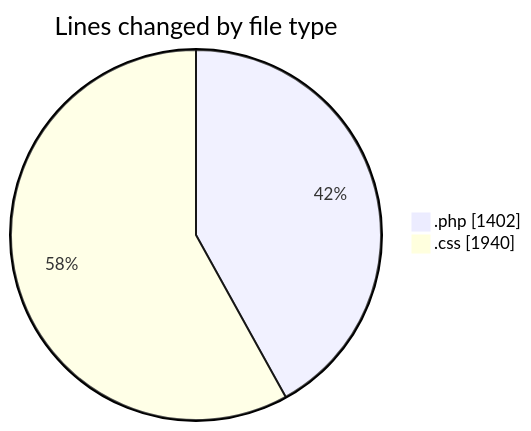
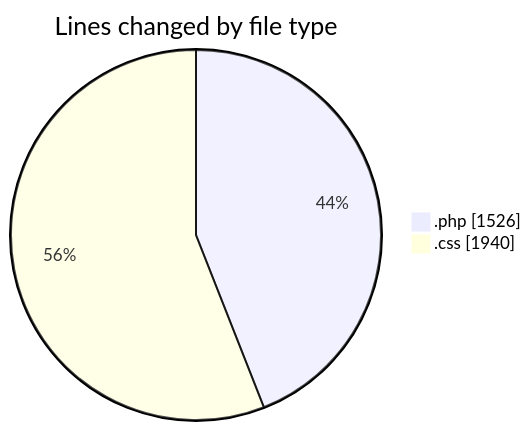
One commit to debugP/code-tracking changed the first of 2 diagrams in 2025-10-23/untitled__workspace_/README.md. Above: the diagram before and after it, drawn with Mermaid. The commit also changed other lines of this file and 1 other file, not shown here.

````diff
--- a/2025-10-23/untitled__workspace_/README.md
+++ b/2025-10-23/untitled__workspace_/README.md
@@ -21,6 +22,6 @@
 ```mermaid
 pie showData
 title Lines changed by file type
-".php" : 1402
+".php" : 1526
 ".css" : 1940
 ```
````
